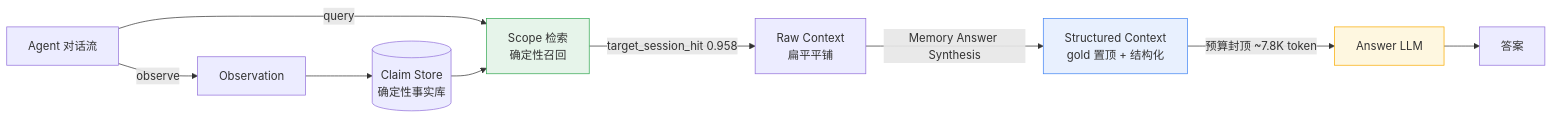
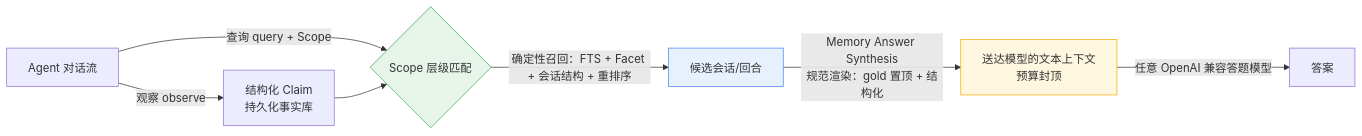
The diagram in README.md (DdongXiaopi/pimemo), drawn with Mermaid before and after one commit. The commit also changed other lines of this file, not shown here.

````diff
--- a/README.md
+++ b/README.md
@@ -43,14 +60,12 @@
 ```mermaid
 flowchart LR
-    A[Agent 对话流] -->|observe| B[Observation]
-    B --> C[(Claim Store<br/>确定性事实库)]
-    A -->|query| D[Scope 检索<br/>确定性召回]
-    C --> D
-    D -->|target_session_hit 0.958| E[Raw Context<br/>扁平平铺]
-    E -->|Memory Answer Synthesis| F[Structured Context<br/>gold 置顶 + 结构化]
-    F -->|预算封顶 ~7.8K token| G[Answer LLM]
-    G --> H[答案]
-    style D fill:#e6f4ea,stroke:#34a853
-    style F fill:#e8f0fe,stroke:#4285f4
-    style G fill:#fef7e0,stroke:#f9ab00
+    A[Agent 对话流] -->|观察 observe| B[结构化 Claim<br/>持久化事实库]
+    A -->|查询 query + Scope| C{Scope 层级匹配}
+    B --> C
+    C -->|确定性召回：FTS + Facet + 会话结构 + 重排序| D[候选会话/回合]
+    D -->|Memory Answer Synthesis<br/>规范渲染：gold 置顶 + 结构化| E[送达模型的文本上下文<br/>预算封顶]
+    E -->|任意 OpenAI 兼容答题模型| F[答案]
+    style C fill:#e6f4ea,stroke:#34a853
+    style D fill:#e8f0fe,stroke:#4285f4
+    style E fill:#fef7e0,stroke:#f9ab00
 ```
````
